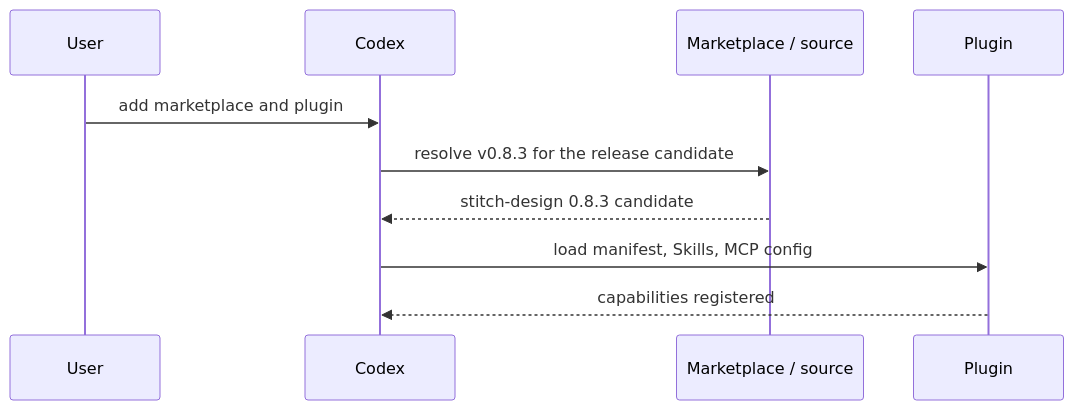
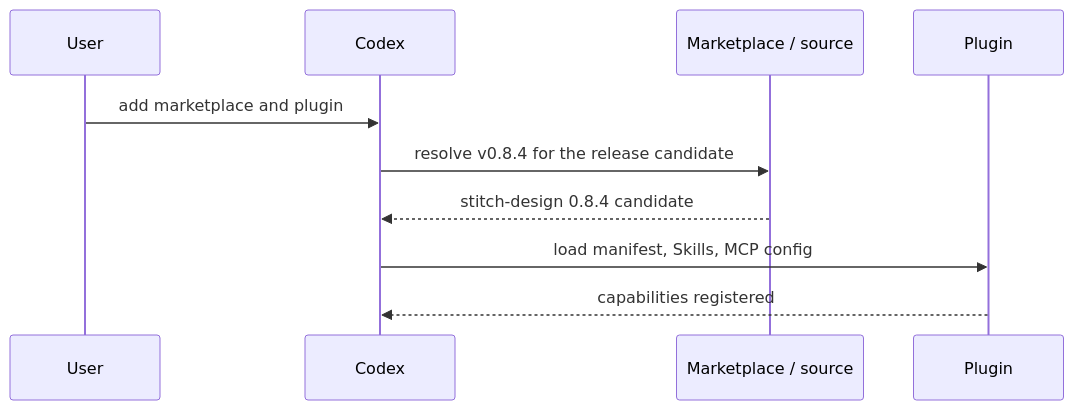
One commit to full-stack-plugins/stitch-design-plugin changed the seventh of 11 diagrams in docs/Stitch-Design-Architecture.md. Above: the diagram before and after it, drawn with Mermaid. The commit also changed other lines of this file and 13 other files, not shown here.

````diff
--- a/docs/Stitch-Design-Architecture.md
+++ b/docs/Stitch-Design-Architecture.md
@@ -175,12 +175,12 @@
 ```mermaid
 sequenceDiagram
     participant U as User
     participant C as Codex
     participant M as Marketplace / source
     participant P as Plugin
     U->>C: add marketplace and plugin
-    C->>M: resolve v0.8.3 for the release candidate
-    M-->>C: stitch-design 0.8.3 candidate
+    C->>M: resolve v0.8.4 for the release candidate
+    M-->>C: stitch-design 0.8.4 candidate
     C->>P: load manifest, Skills, MCP config
     P-->>C: capabilities registered
 ```
````
